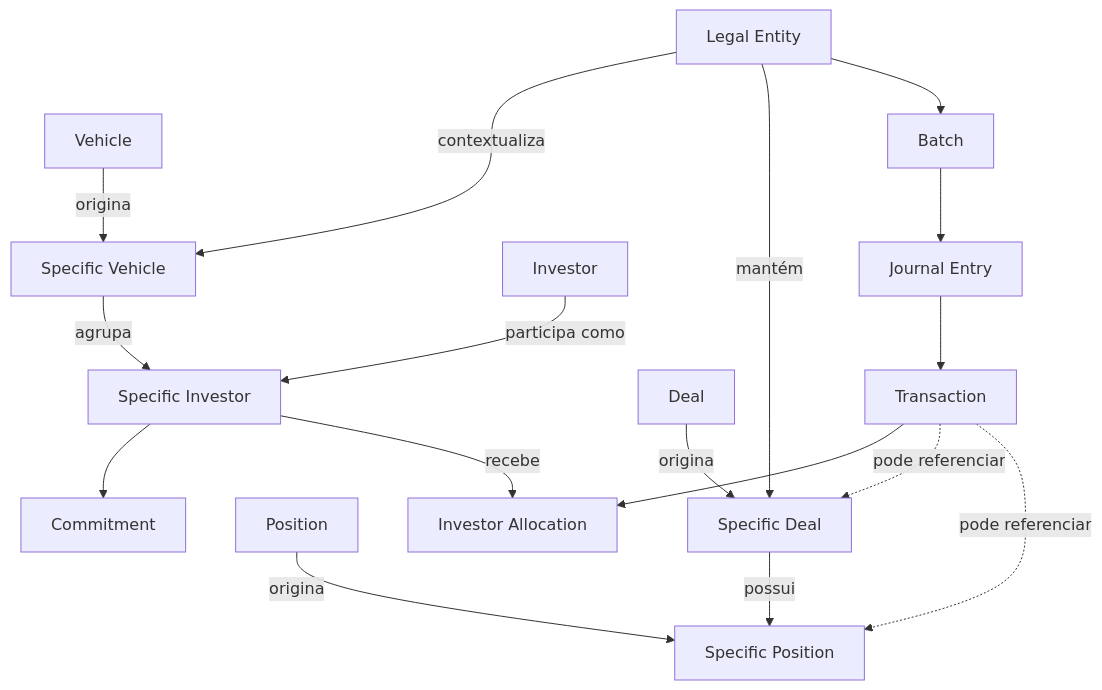
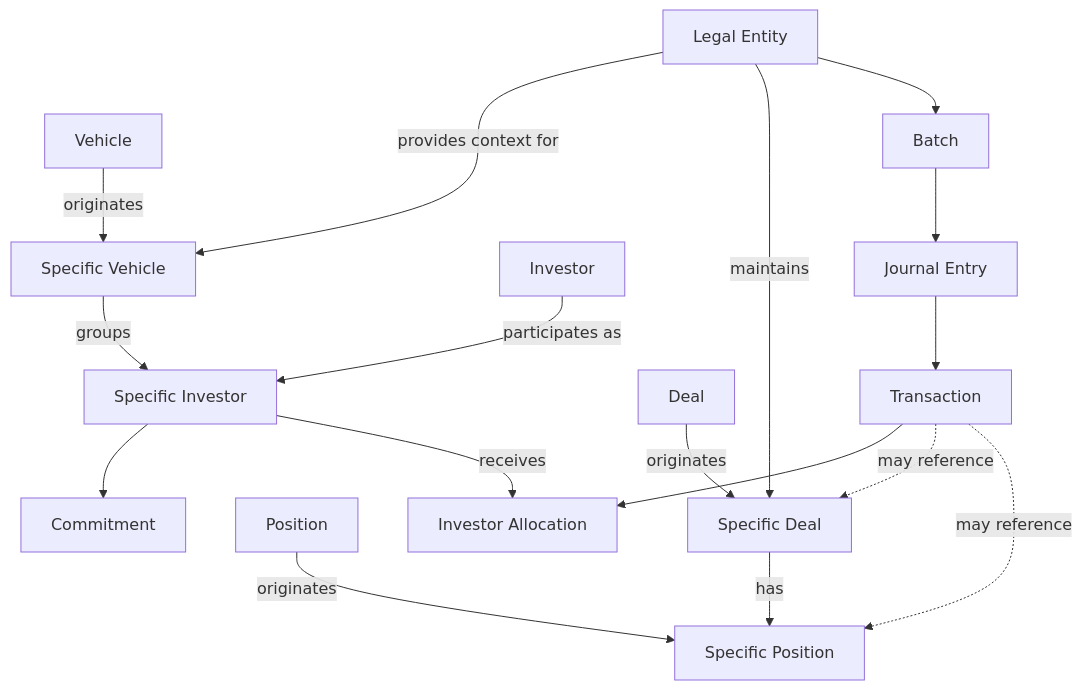
One commit to msekimoto/investran changed the diagram in docs/dominio/01-entidades-e-relacionamentos.md. Above: the diagram before and after it, drawn with Mermaid. The commit also changed other lines of this file and 52 other files, not shown here.

````diff
--- a/docs/dominio/01-entidades-e-relacionamentos.md
+++ b/docs/dominio/01-entidades-e-relacionamentos.md
@@ -9,19 +9,19 @@
 ```mermaid
 flowchart TB
-    LE[Legal Entity] -->|contextualiza| SV[Specific Vehicle]
-    V[Vehicle] -->|origina| SV
-    I[Investor] -->|participa como| SI[Specific Investor]
-    SV -->|agrupa| SI
-    LE -->|mantém| SD[Specific Deal]
-    D[Deal] -->|origina| SD
-    SD -->|possui| SP[Specific Position]
-    P[Position] -->|origina| SP
+    LE[Legal Entity] -->|provides context for| SV[Specific Vehicle]
+    V[Vehicle] -->|originates| SV
+    I[Investor] -->|participates as| SI[Specific Investor]
+    SV -->|groups| SI
+    LE -->|maintains| SD[Specific Deal]
+    D[Deal] -->|originates| SD
+    SD -->|has| SP[Specific Position]
+    P[Position] -->|originates| SP
     SI --> C[Commitment]
     LE --> B[Batch]
     B --> JE[Journal Entry]
     JE --> T[Transaction]
     T --> IA[Investor Allocation]
-    SI -->|recebe| IA
-    T -.->|pode referenciar| SD
-    T -.->|pode referenciar| SP
+    SI -->|receives| IA
+    T -.->|may reference| SD
+    T -.->|may reference| SP
 ```
````
